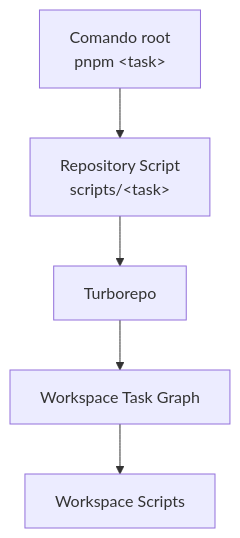
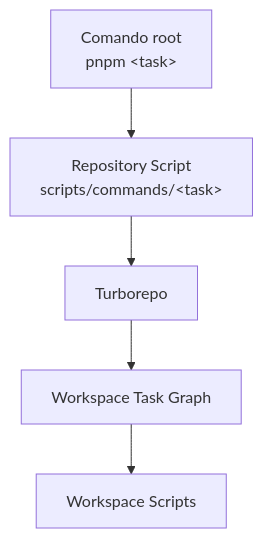
One commit to EQ-LABS-TECH/ee-monorepo changed the first of 16 diagrams in docs/developer/EE-IMP-006-P07_Root_Script_Suite_Automation.md. Above: the diagram before and after it, drawn with Mermaid. The commit also changed other lines of this file and 14 other files, not shown here.

````diff
--- a/docs/developer/EE-IMP-006-P07_Root_Script_Suite_Automation.md
+++ b/docs/developer/EE-IMP-006-P07_Root_Script_Suite_Automation.md
@@ -145,13 +136,13 @@
 ```mermaid
 flowchart TD
-    Root["Comando root<br/>pnpm &lt;task&gt;"]
-    Script["Repository Script<br/>scripts/&lt;task&gt;"]
-    Turbo["Turborepo"]
-    Graph["Workspace Task Graph"]
-    Workspace["Workspace Scripts"]
+ Root["Comando root<br/>pnpm &lt;task&gt;"]
+ Script["Repository Script<br/>scripts/commands/&lt;task&gt;"]
+ Turbo["Turborepo"]
+ Graph["Workspace Task Graph"]
+ Workspace["Workspace Scripts"]
 
-    Root --> Script
-    Script --> Turbo
-    Turbo --> Graph
-    Graph --> Workspace
+ Root --> Script
+ Script --> Turbo
+ Turbo --> Graph
+ Graph --> Workspace
 ```
````
